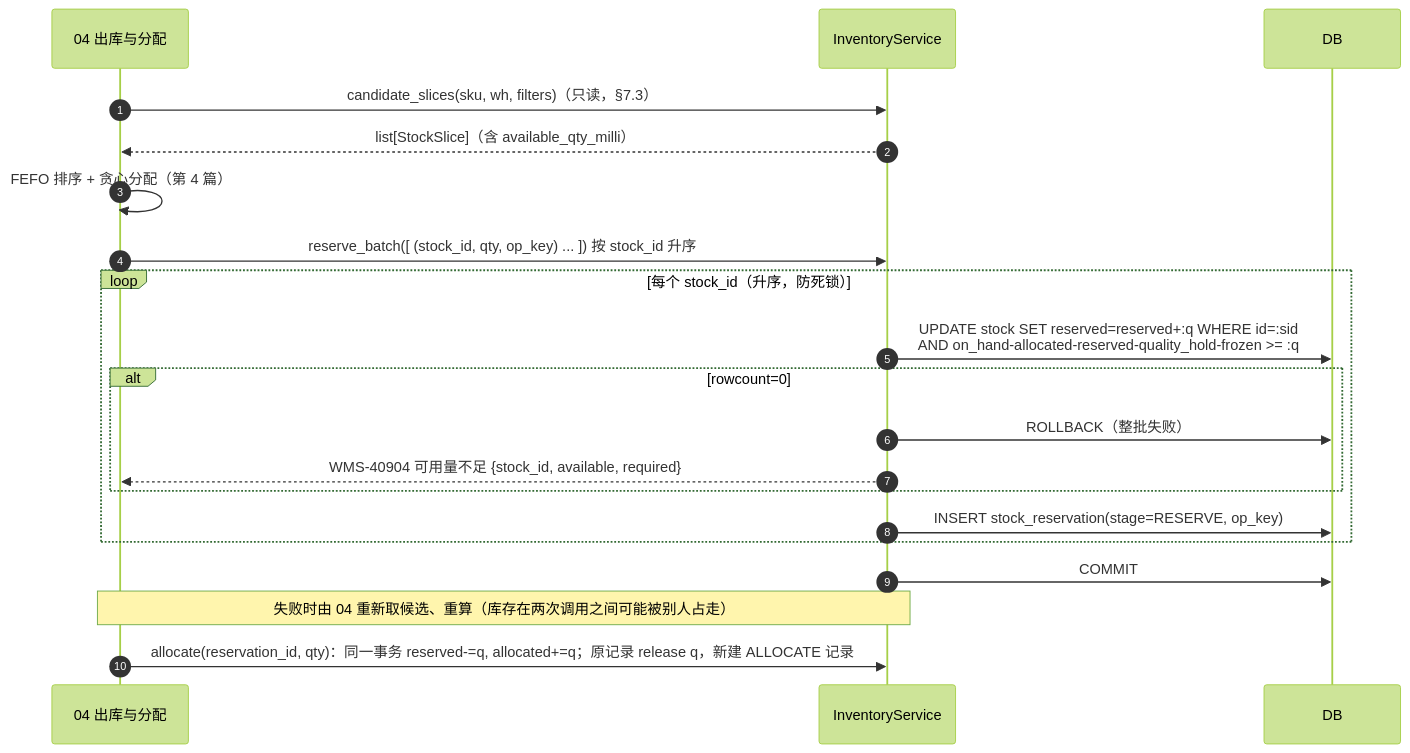
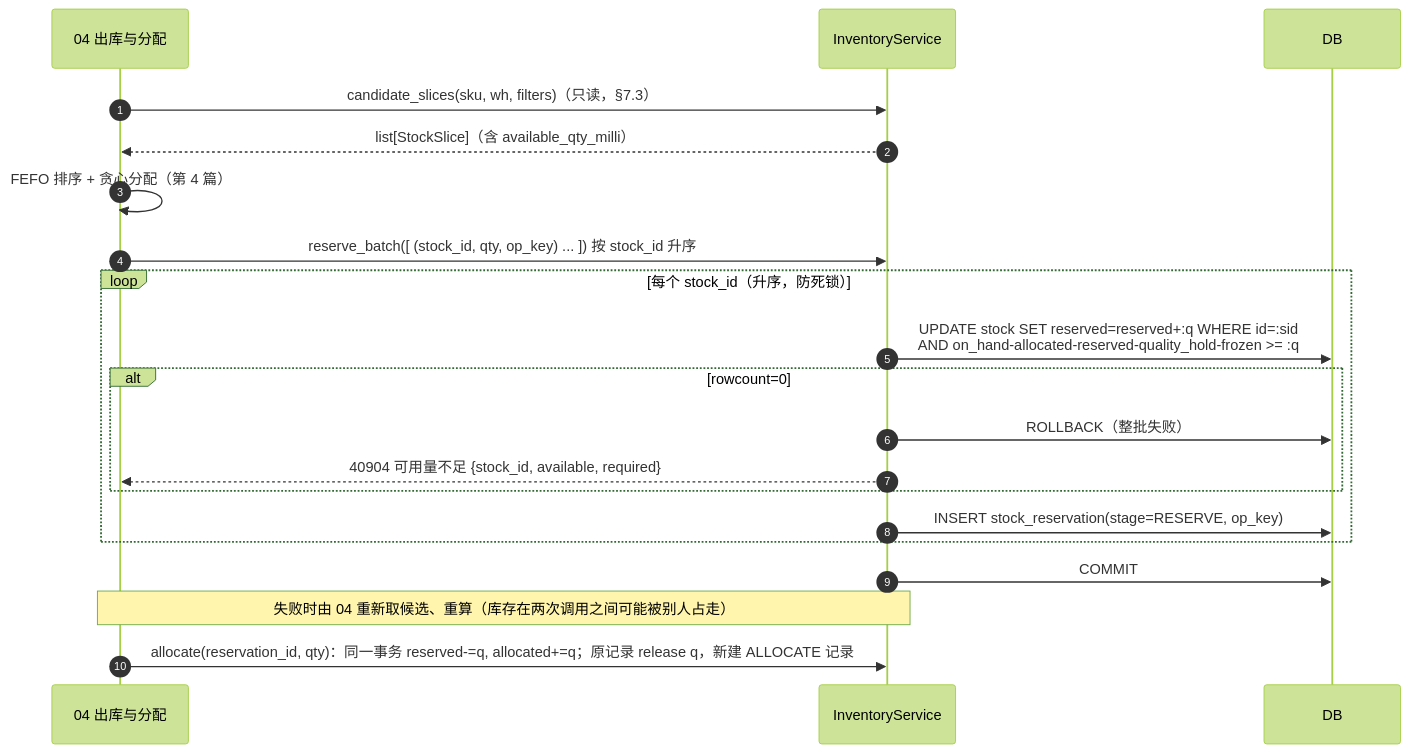
Before and after one commit to Akarin7784/fresh-wms: the third of 4 diagrams in docs/02-库存核心.md, drawn with Mermaid (forest theme). The commit also changed other lines of this file and 4 other files, not shown here.

````diff
--- a/docs/02-库存核心.md
+++ b/docs/02-库存核心.md
@@ -295,22 +303,22 @@
 ```mermaid
 sequenceDiagram
   autonumber
   participant OB as 04 出库与分配
   participant INV as InventoryService
   participant DB
   OB->>INV: candidate_slices(sku, wh, filters)（只读，§7.3）
   INV-->>OB: list[StockSlice]（含 available_qty_milli）
   OB->>OB: FEFO 排序 + 贪心分配（第 4 篇）
   OB->>INV: reserve_batch([ (stock_id, qty, op_key) ... ])  按 stock_id 升序
   loop 每个 stock_id（升序，防死锁）
     INV->>DB: UPDATE stock SET reserved=reserved+:q WHERE id=:sid<br/>AND on_hand-allocated-reserved-quality_hold-frozen >= :q
     alt rowcount=0
       INV->>DB: ROLLBACK（整批失败）
-      INV-->>OB: WMS-40904 可用量不足 {stock_id, available, required}
+      INV-->>OB: 40904 可用量不足 {stock_id, available, required}
     end
     INV->>DB: INSERT stock_reservation(stage=RESERVE, op_key)
   end
   INV->>DB: COMMIT
   Note over OB,INV: 失败时由 04 重新取候选、重算（库存在两次调用之间可能被别人占走）
   OB->>INV: allocate(reservation_id, qty)：同一事务 reserved-=q, allocated+=q；原记录 release q，新建 ALLOCATE 记录
 ```
````
